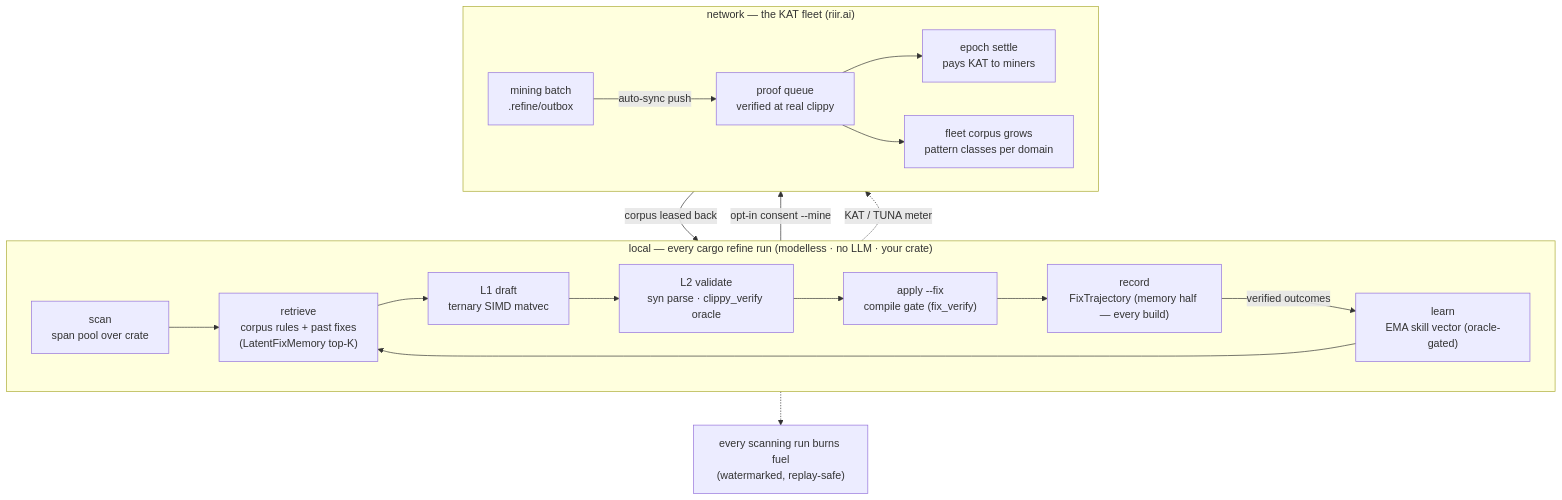
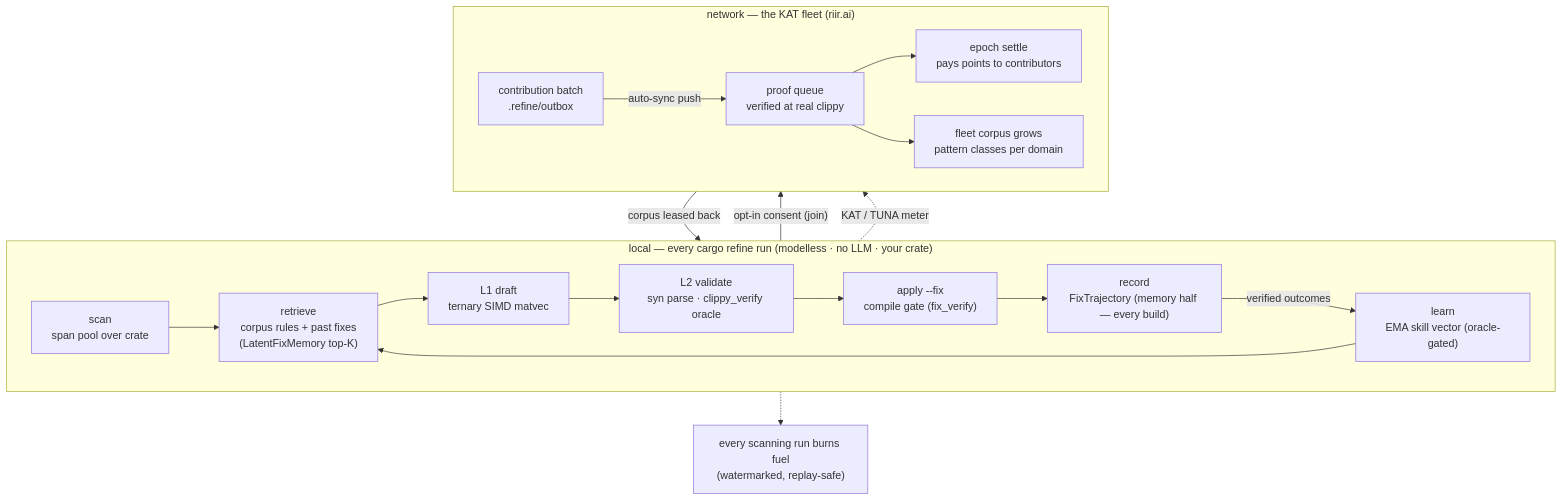
One commit to riir-ai/riir-refine changed the diagram in .docs/10_self_evolve/self_evolve_flow.md. Above: the diagram before and after it, drawn with Mermaid. The commit also changed other lines of this file and 15 other files, not shown here.

````diff
--- a/.docs/10_self_evolve/self_evolve_flow.md
+++ b/.docs/10_self_evolve/self_evolve_flow.md
@@ -146,26 +146,26 @@
 ```mermaid
 flowchart TB
     subgraph LOCAL["local — every cargo refine run (modelless · no LLM · your crate)"]
         direction LR
         SCAN["scan<br/>span pool over crate"] --> RET["retrieve<br/>corpus rules + past fixes<br/>(LatentFixMemory top-K)"]
         RET --> DRAFT["L1 draft<br/>ternary SIMD matvec"]
         DRAFT --> VAL["L2 validate<br/>syn parse · clippy_verify oracle"]
         VAL --> FIX["apply --fix<br/>compile gate (fix_verify)"]
         FIX --> REC["record<br/>FixTrajectory (memory half — every build)"]
         REC -->|"verified outcomes"| LEARN["learn<br/>EMA skill vector (oracle-gated)"]
         LEARN --> RET
     end
 
-    REC -->|"opt-in consent --mine"| OUT["mining batch<br/>.refine/outbox"]
+    REC -->|"opt-in consent (join)"| OUT["contribution batch<br/>.refine/outbox"]
 
     subgraph NET["network — the KAT fleet (riir.ai)"]
         direction LR
         OUT -->|"auto-sync push"| PROOF["proof queue<br/>verified at real clippy"]
-        PROOF --> SETTLE["epoch settle<br/>pays KAT to miners"]
+        PROOF --> SETTLE["epoch settle<br/>pays points to contributors"]
         PROOF --> GROW["fleet corpus grows<br/>pattern classes per domain"]
     end
 
     GROW -->|"corpus leased back"| RET
     SCAN -.->|"KAT / TUNA meter"| SETTLE
     SCAN -.-> BURN["every scanning run burns fuel<br/>(watermarked, replay-safe)"]
 ```
````
